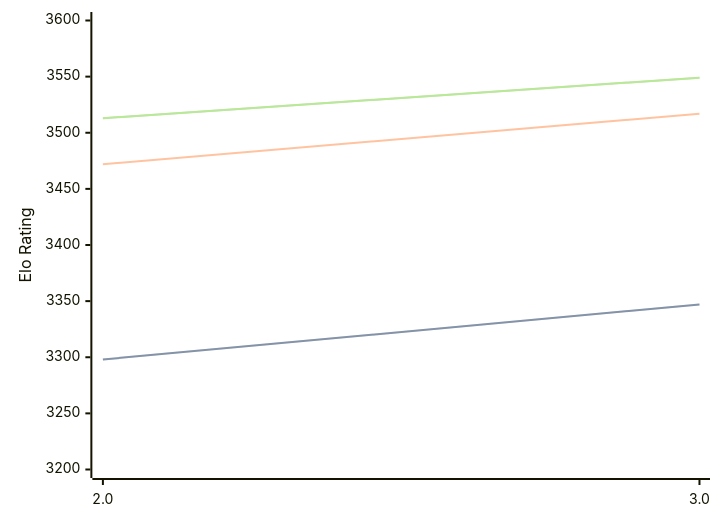
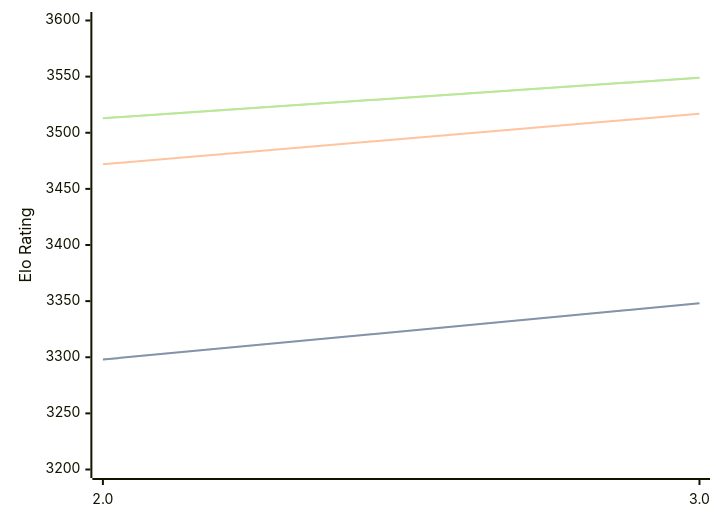
The diagram in engines/Quanticade.md (computer-chess-index/cci), drawn with Mermaid before and after one commit. The commit also changed other lines of this file, not shown here.

````diff
--- a/engines/Quanticade.md
+++ b/engines/Quanticade.md
@@ -32,11 +32,11 @@
 ```mermaid
 %%{init: {"theme":"base","themeVariables":{"seriesColors:['#a3a3a3','#222221','#faa371']}}}%%
 xychart-beta
   x-axis ["2.0", "3.0"]
   y-axis "Elo Rating" 3200 --> 3600
-  line "" [3298, 3347]
-  line "STC (8.0+0.08s)" [3298, 3347]
+  line "" [3298, 3348]
+  line "STC (8.0+0.08s)" [3298, 3348]
   line "LTC (60.0+0.60s)" [3472, 3517]
   line "" [3513, 3549]
   line "VLTC (2m24s+1.12s)" [3513, 3549]
 ```
````
